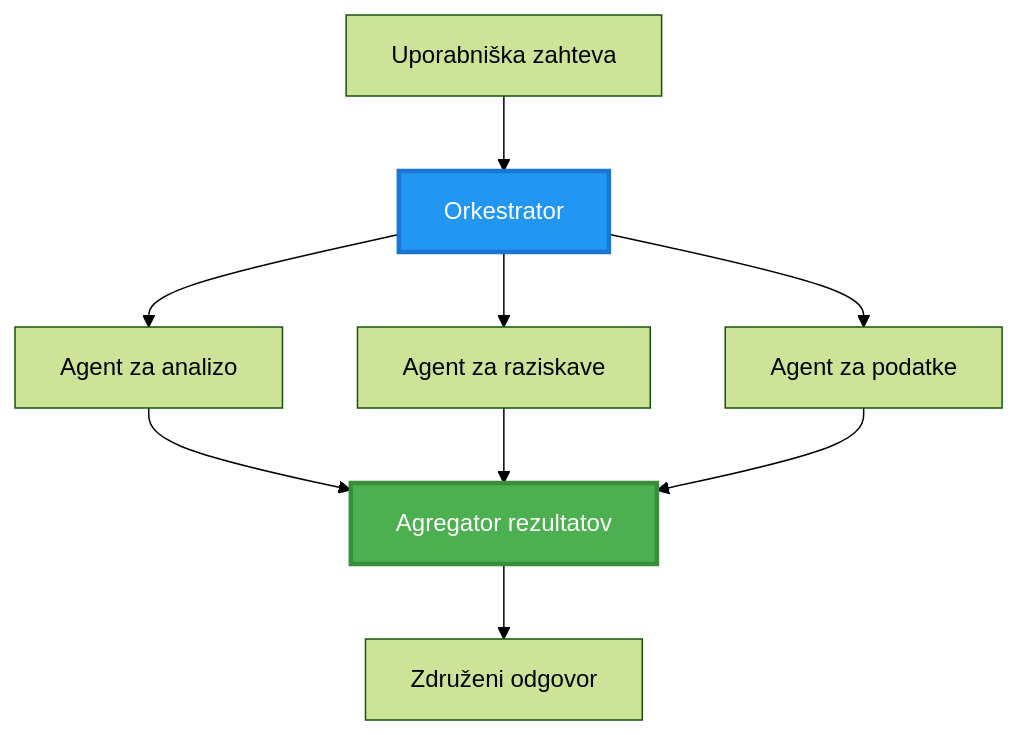
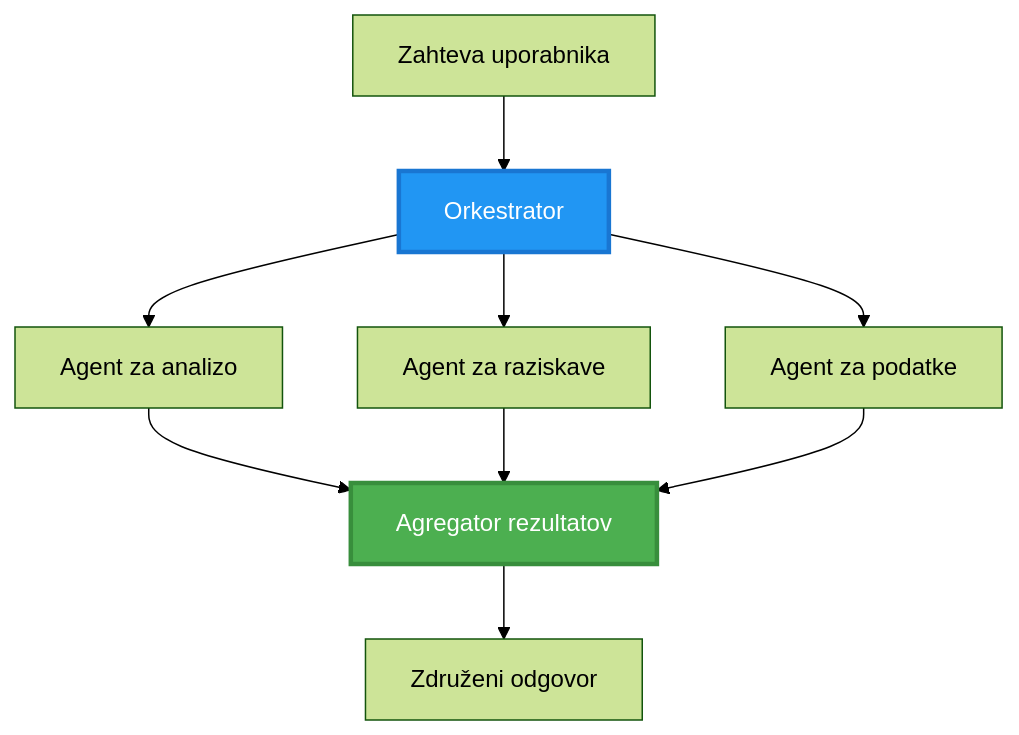
Before and after one commit to microsoft/AZD-for-beginners: the second of 6 diagrams in translations/sl/docs/chapter-06-pre-deployment/coordination-patterns.md, drawn with Mermaid (forest theme). The commit also changed other lines of this file and 101 other files, not shown here.

````diff
--- a/translations/sl/docs/chapter-06-pre-deployment/coordination-patterns.md
+++ b/translations/sl/docs/chapter-06-pre-deployment/coordination-patterns.md
@@ -106,22 +100,22 @@
 ```mermaid
 graph TB
-    User[Uporabniška zahteva]
+    User[Zahteva uporabnika]
     Orchestrator[Orkestrator]
     Agent1[Agent za analizo]
     Agent2[Agent za raziskave]
     Agent3[Agent za podatke]
     Aggregator[Agregator rezultatov]
     Response[Združeni odgovor]
     
     User --> Orchestrator
     Orchestrator --> Agent1
     Orchestrator --> Agent2
     Orchestrator --> Agent3
     Agent1 --> Aggregator
     Agent2 --> Aggregator
     Agent3 --> Aggregator
     Aggregator --> Response
     
     style Orchestrator fill:#2196F3,stroke:#1976D2,stroke-width:3px,color:#fff
     style Aggregator fill:#4CAF50,stroke:#388E3C,stroke-width:3px,color:#fff
 ```
````
